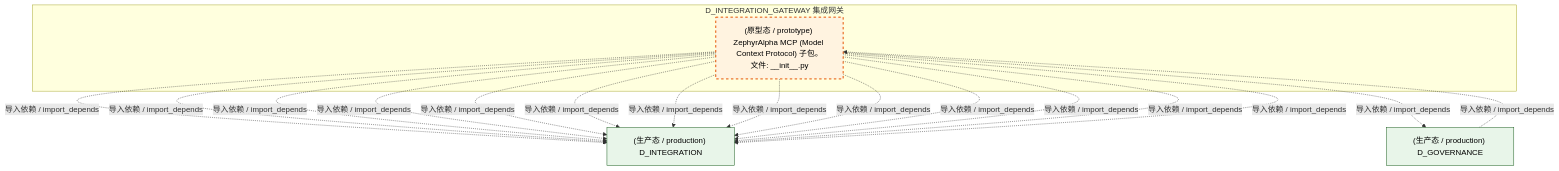
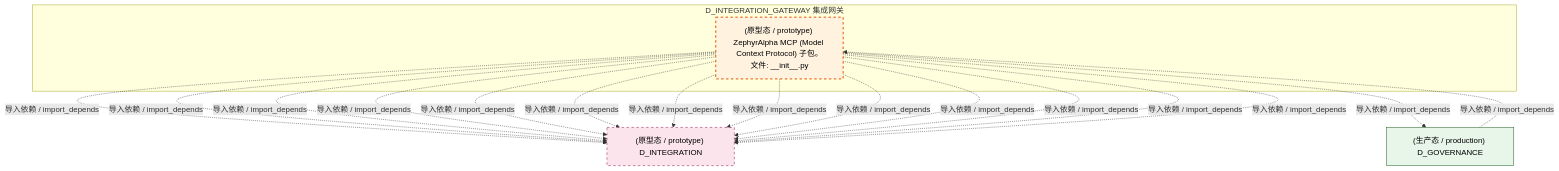
Before and after one commit to xuanFelixVan/ZephyrAlpha: the third of 4 diagrams in docs/02_enterprise_architecture/02_domain_architecture_docs/19_d_integration_gateway.md, drawn with Mermaid. The commit also changed other lines of this file and 125 other files, not shown here.

````diff
--- a/docs/02_enterprise_architecture/02_domain_architecture_docs/19_d_integration_gateway.md
+++ b/docs/02_enterprise_architecture/02_domain_architecture_docs/19_d_integration_gateway.md
@@ -124,29 +125,30 @@
 ```mermaid
 graph TD
     subgraph D_INTEGRATION_GATEWAY["D_INTEGRATION_GATEWAY 集成网关"]
         src_zephyr_integration_mcp_init_py["(原型态 / prototype) ZephyrAlpha MCP (Model Context Protocol) 子包。<br/>文件: __init__.py"]
     end
-    D_INTEGRATION["(生产态 / production) D_INTEGRATION"]
-    src_zephyr_integration_mcp_init_py -.->|导入依赖 / import_depends| D_INTEGRATION
-    src_zephyr_integration_mcp_init_py -.->|导入依赖 / import_depends| D_INTEGRATION
-    src_zephyr_integration_mcp_init_py -.->|导入依赖 / import_depends| D_INTEGRATION
+    D_INTEGRATION["(原型态 / prototype) D_INTEGRATION"]
     src_zephyr_integration_mcp_init_py -.->|导入依赖 / import_depends| D_INTEGRATION
     src_zephyr_integration_mcp_init_py -.->|导入依赖 / import_depends| D_INTEGRATION
     D_GOVERNANCE["(生产态 / production) D_GOVERNANCE"]
     src_zephyr_integration_mcp_init_py -.->|导入依赖 / import_depends| D_GOVERNANCE
+    src_zephyr_integration_mcp_init_py -.->|导入依赖 / import_depends| D_INTEGRATION
+    src_zephyr_integration_mcp_init_py -.->|导入依赖 / import_depends| D_INTEGRATION
+    src_zephyr_integration_mcp_init_py -.->|导入依赖 / import_depends| D_INTEGRATION
     src_zephyr_integration_mcp_init_py -.->|导入依赖 / import_depends| D_INTEGRATION
     src_zephyr_integration_mcp_init_py -.->|导入依赖 / import_depends| D_INTEGRATION
     src_zephyr_integration_mcp_init_py -.->|导入依赖 / import_depends| D_INTEGRATION
     src_zephyr_integration_mcp_init_py -.->|导入依赖 / import_depends| D_INTEGRATION
     src_zephyr_integration_mcp_init_py -.->|导入依赖 / import_depends| D_INTEGRATION
     src_zephyr_integration_mcp_init_py -.->|导入依赖 / import_depends| D_INTEGRATION
     src_zephyr_integration_mcp_init_py -.->|导入依赖 / import_depends| D_INTEGRATION
     src_zephyr_integration_mcp_init_py -.->|导入依赖 / import_depends| D_INTEGRATION
     D_GOVERNANCE -.->|导入依赖 / import_depends| src_zephyr_integration_mcp_init_py
     classDef production fill:#e1f5fe,stroke:#01579b,stroke-width:2px,color:#000
     classDef design fill:#fff3e0,stroke:#e65100,stroke-width:2px,color:#000,stroke-dasharray: 5 5
     classDef external_prod fill:#e8f5e9,stroke:#1b5e20,stroke-width:1px,color:#000
     classDef external_design fill:#fce4ec,stroke:#880e4f,stroke-width:1px,color:#000,stroke-dasharray: 5 5
     class src_zephyr_integration_mcp_init_py design
-    class D_INTEGRATION,D_GOVERNANCE external_prod
+    class D_GOVERNANCE external_prod
+    class D_INTEGRATION external_design
 ```
````
